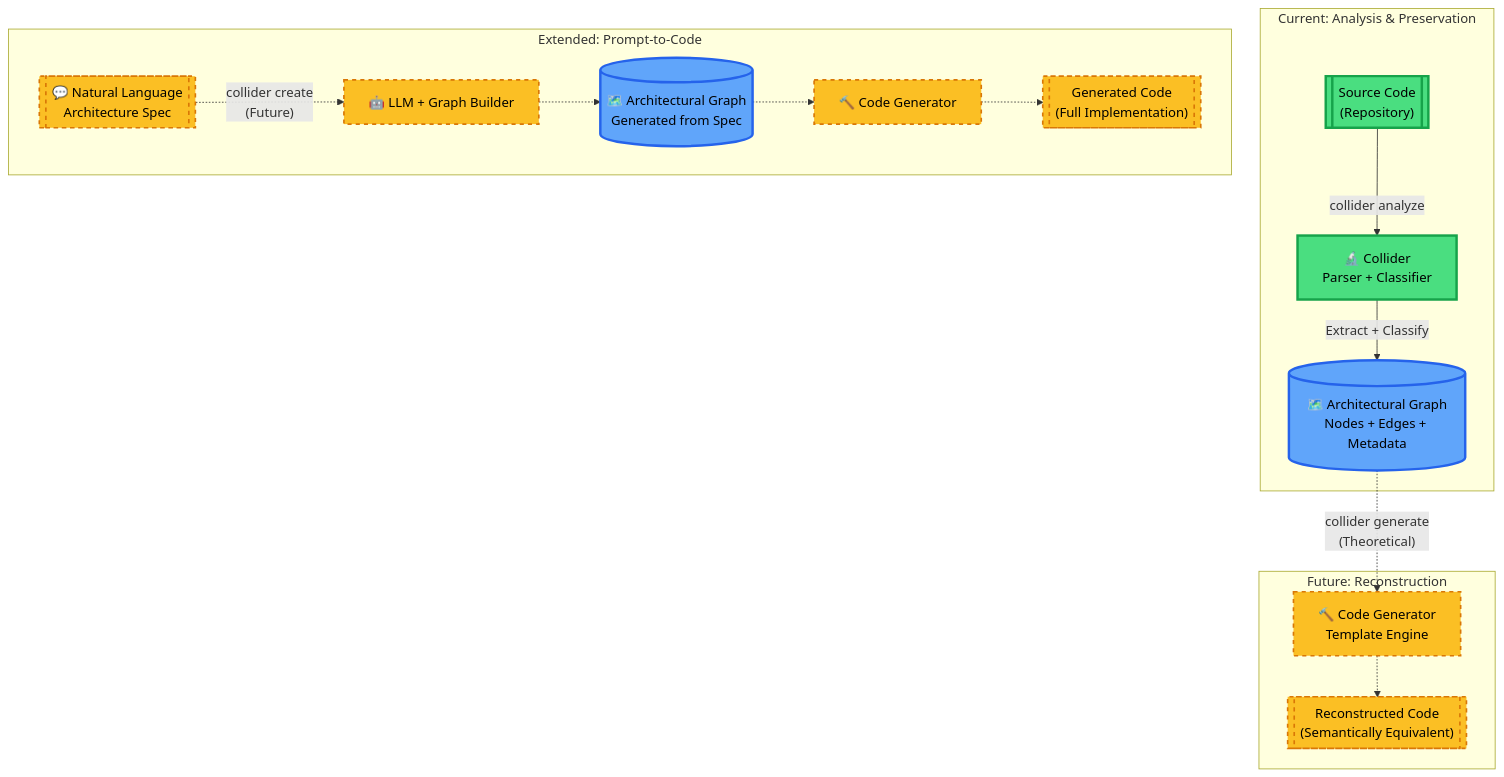
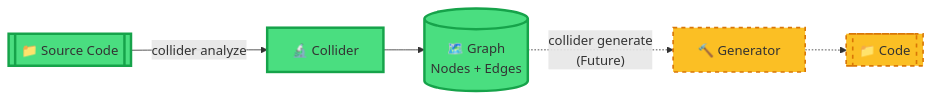
The first of 2 diagrams in README.md (leolech14/standard-model-for-computer-language), drawn with Mermaid before and after one commit. The commit also changed other lines of this file, not shown here.

Commit message:
refactor: Split roadmap into 2 focused diagrams
- Graph 1: Bidirectional analysis (CODE ↔ GRAPH)
- Graph 2: LLM-driven generation (PROMPT → GRAPH → CODE)
Simpler, clearer visualization

````diff
--- a/README.md
+++ b/README.md
@@ -112,27 +114,13 @@
 ```mermaid
-graph TB
-    subgraph "Current: Analysis & Preservation"
-        CODE1[["Source Code<br/>(Repository)"]] -->|"collider analyze"| ANALYZE["🔬 Collider<br/>Parser + Classifier"]
-        ANALYZE -->|"Extract + Classify"| GRAPH1[("🗺️ Architectural Graph<br/>Nodes + Edges + Metadata")]
-    end
+graph LR
+    CODE1[["📁 Source Code"]] -->|"collider analyze"| COLLIDER["🔬 Collider"]
+    COLLIDER --> GRAPH[("🗺️ Graph<br/>Nodes + Edges")]
+    GRAPH -.->|"collider generate<br/>(Future)"| GEN["🔨 Generator"]
+    GEN -.-> CODE2[["📁 Code"]]
     
-    subgraph "Future: Reconstruction"
-        GRAPH1 -.->|"collider generate<br/>(Theoretical)"| GENERATE["🔨 Code Generator<br/>Template Engine"]
-        GENERATE -.-> CODE2[["Reconstructed Code<br/>(Semantically Equivalent)"]]
-    end
+    classDef implemented fill:#4ade80,stroke:#16a34a,stroke-width:3px
+    classDef future fill:#fbbf24,stroke:#d97706,stroke-width:2px,stroke-dasharray:5 5
     
-    subgraph "Extended: Prompt-to-Code"
-        PROMPT[["💬 Natural Language<br/>Architecture Spec"]] -.->|"collider create<br/>(Future)"| LLM["🤖 LLM + Graph Builder"]
-        LLM -.-> GRAPH2[("🗺️ Architectural Graph<br/>Generated from Spec")]
-        GRAPH2 -.-> GENERATE2["🔨 Code Generator"]
-        GENERATE2 -.-> CODE3[["Generated Code<br/>(Full Implementation)"]]
-    end
-    
-    classDef current fill:#4ade80,stroke:#16a34a,stroke-width:3px,color:#000
-    classDef future fill:#fbbf24,stroke:#d97706,stroke-width:2px,stroke-dasharray: 5 5,color:#000
-    classDef graphNode fill:#60a5fa,stroke:#2563eb,stroke-width:3px,color:#000
-    
-    class CODE1,ANALYZE current
-    class GRAPH1,GRAPH2 graphNode
-    class CODE2,CODE3,GENERATE,GENERATE2,LLM,PROMPT future
+    class CODE1,COLLIDER,GRAPH implemented
+    class GEN,CODE2 future
 ```
````
